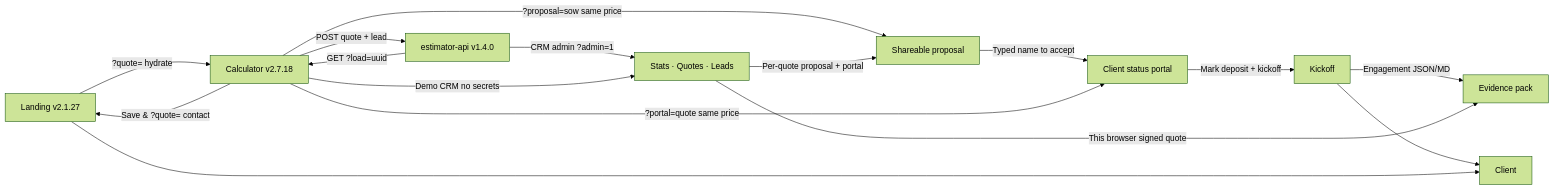
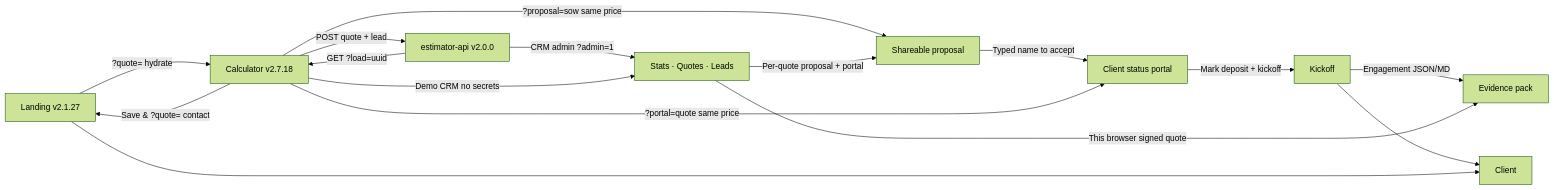
One commit to pixellayer7-jpg/pixellayer7-jpg changed the diagram in README.md. Above: the diagram before and after it, drawn with Mermaid (forest theme). The commit also changed 4 other files, not shown here.

First line of the commit message:
docs: estimator-api v2.0.0 (SQLite/Postgres)

````diff
--- a/README.md
+++ b/README.md
@@ -21,18 +21,18 @@
 ```mermaid
 flowchart LR
   A[Landing v2.1.27] -->|?quote= hydrate| B[Calculator v2.7.18]
   B -->|Save & ?quote= contact| A
   B -->|?proposal=sow same price| R[Shareable proposal]
   R -->|Typed name to accept| P[Client status portal]
   P -->|Mark deposit + kickoff| K[Kickoff]
   K -->|Engagement JSON/MD| X[Evidence pack]
   B -->|?portal=quote same price| P
-  B -->|POST quote + lead| D[estimator-api v1.4.0]
+  B -->|POST quote + lead| D[estimator-api v2.0.0]
   D -->|CRM admin ?admin=1| E[Stats · Quotes · Leads]
   B -->|Demo CRM no secrets| E
   E -->|This browser signed quote| X
   E -->|Per-quote proposal + portal| R
   K --> F[Client]
   D -->|GET ?load=uuid| B
   A --> F[Client]
 ```
````
